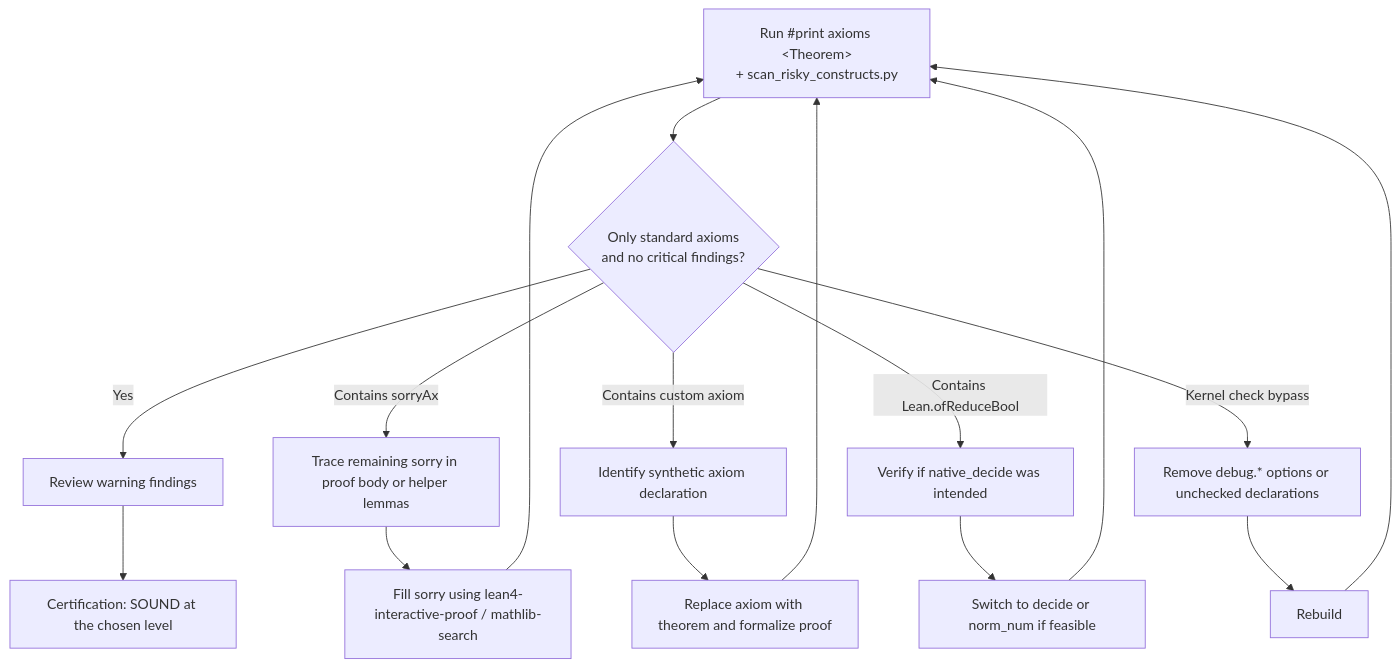
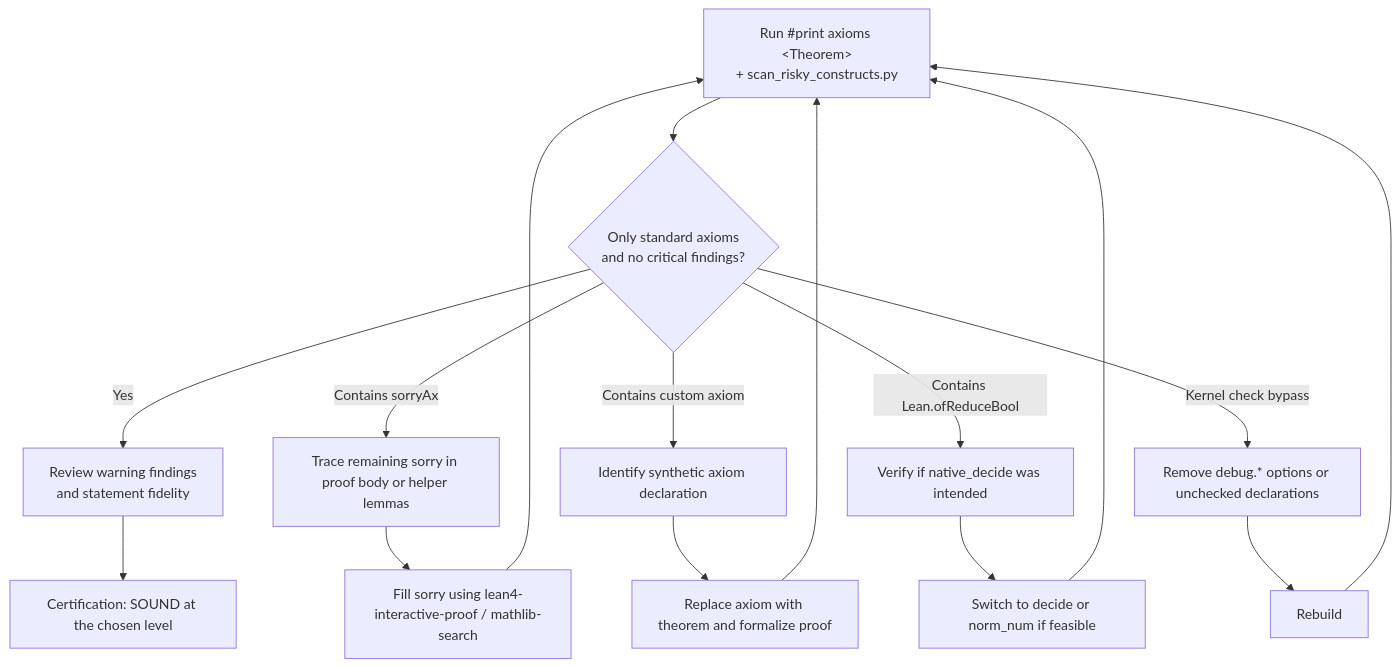
The diagram in skills/lean4-cli/references/soundness_and_axiom_audit.md (MI-1222/lean4-skills), drawn with Mermaid before and after one commit. The commit also changed other lines of this file and 1 other file, not shown here.

Commit message:
feat(cli): 形式化した命題が意図した主張かを確かめるレビュー手順

````diff
--- a/skills/lean4-cli/references/soundness_and_axiom_audit.md
+++ b/skills/lean4-cli/references/soundness_and_axiom_audit.md
@@ -288,20 +309,20 @@
 ```mermaid
 graph TD
     Audit["Run #print axioms &lt;Theorem&gt;<br/>+ scan_risky_constructs.py"] --> Check{"Only standard axioms<br/>and no critical findings?"}
-    Check -- "Yes" --> Review["Review warning findings"]
+    Check -- "Yes" --> Review["Review warning findings<br/>and statement fidelity"]
     Review --> Sound["Certification: SOUND at the chosen level"]
     Check -- "Contains sorryAx" --> Sorry["Trace remaining sorry in proof body or helper lemmas"]
     Check -- "Contains custom axiom" --> Custom["Identify synthetic axiom declaration"]
     Check -- "Contains Lean.ofReduceBool" --> Native["Verify if native_decide was intended"]
     Check -- "Kernel check bypass" --> Bypass["Remove debug.* options or unchecked declarations"]
 
     Sorry --> Repair["Fill sorry using lean4-interactive-proof / mathlib-search"]
     Custom --> Inline["Replace axiom with theorem and formalize proof"]
     Native --> Kernel["Switch to decide or norm_num if feasible"]
     Bypass --> Replay["Rebuild"]
 
     Repair --> Audit
     Inline --> Audit
     Kernel --> Audit
     Replay --> Audit
 ```
````
